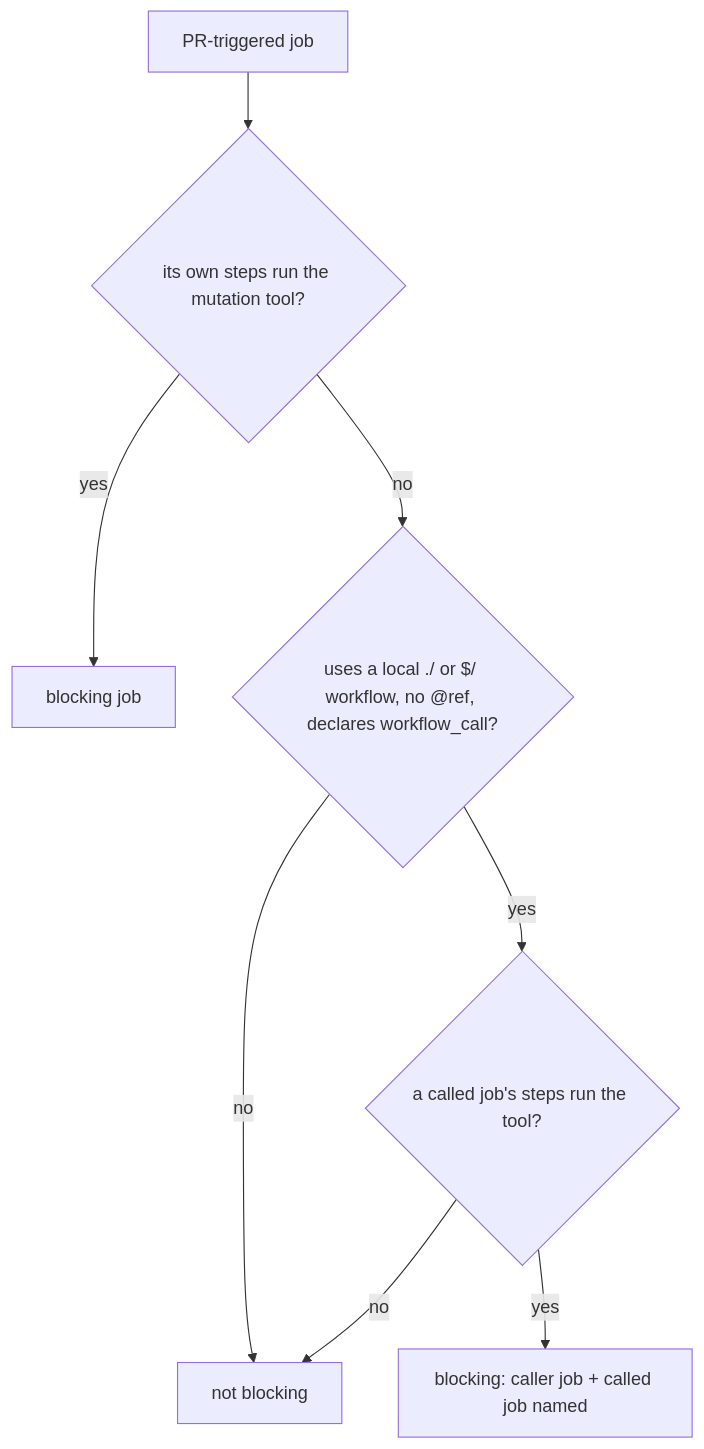
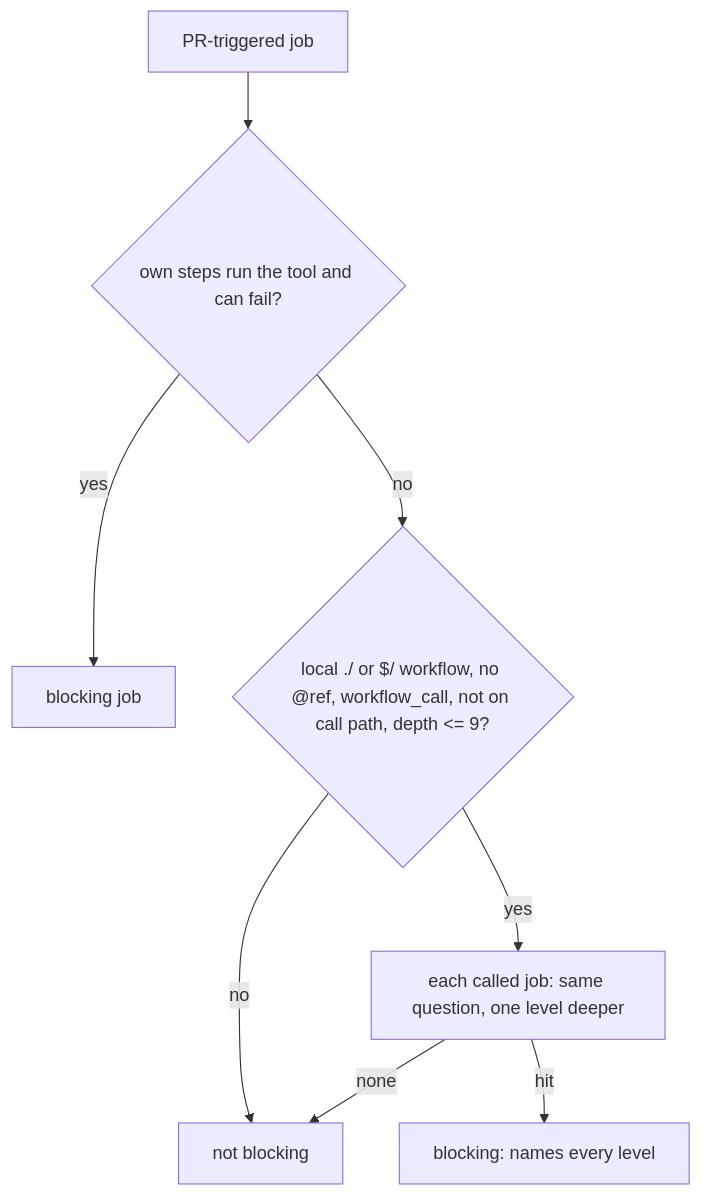
One commit to stSoftwareAU/VibeCoder changed the diagram in docs/archive/pr-summaries/pr-summary-4617.md. Above: the diagram before and after it, drawn with Mermaid. The commit also changed other lines of this file, not shown here.

First line of the commit message:
Rewrite the PR summary for the nested reusable-workflow change (Issue #4617)

````diff
--- a/docs/archive/pr-summaries/pr-summary-4617.md
+++ b/docs/archive/pr-summaries/pr-summary-4617.md
@@ -19,10 +17,10 @@
 ```mermaid
 flowchart TD
-    J[PR-triggered job] --> S{its own steps run the mutation tool?}
+    J[PR-triggered job] --> S{own steps run the tool and can fail?}
     S -- yes --> B[blocking job]
-    S -- no --> U{uses a local ./ or $/ workflow, no @ref, declares workflow_call?}
+    S -- no --> U{local ./ or $/ workflow, no @ref, workflow_call, not on call path, depth <= 9?}
     U -- no --> N[not blocking]
-    U -- yes --> C{a called job's steps run the tool?}
-    C -- yes --> B2[blocking: caller job + called job named]
-    C -- no --> N
+    U -- yes --> C[each called job: same question, one level deeper]
+    C -- hit --> B2[blocking: names every level]
+    C -- none --> N
 ```
````
